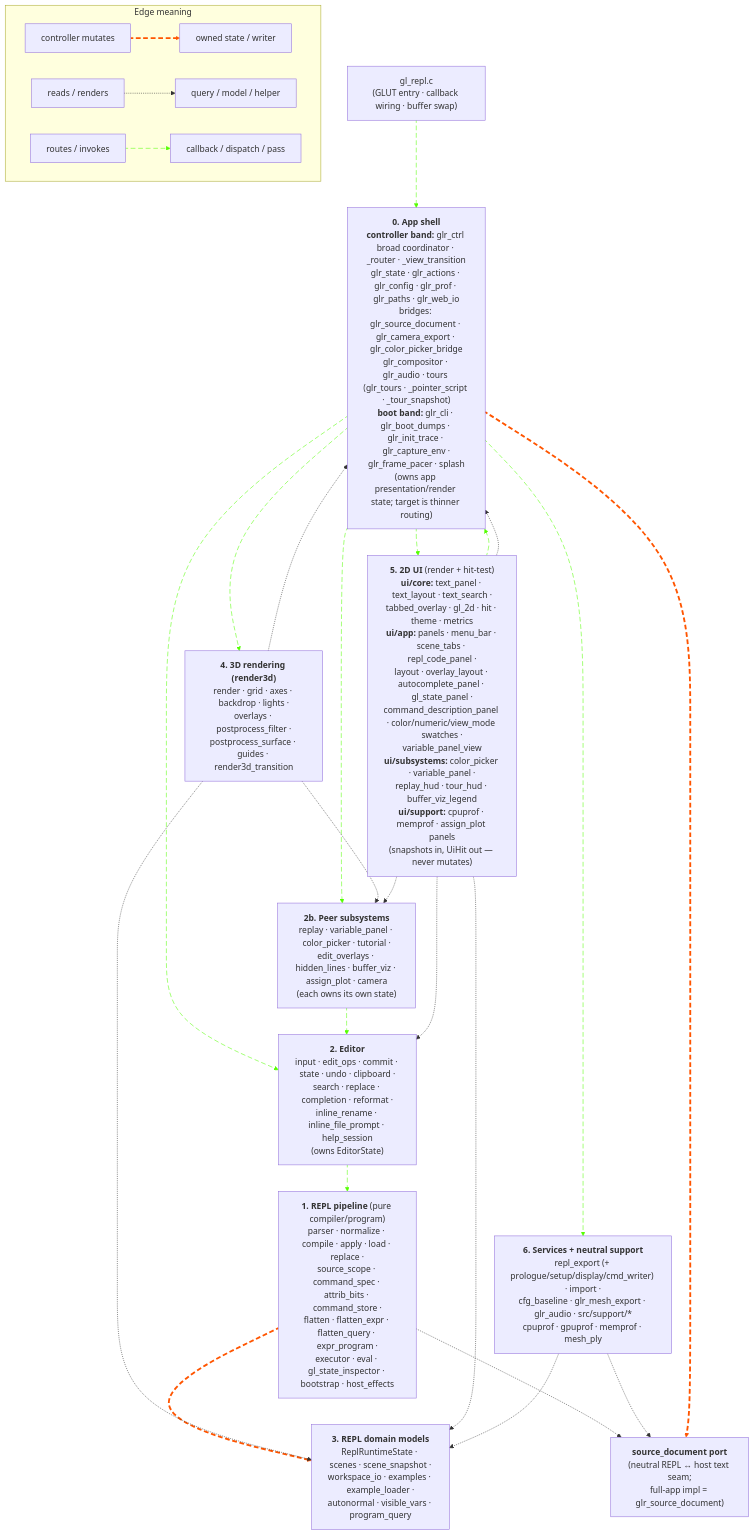
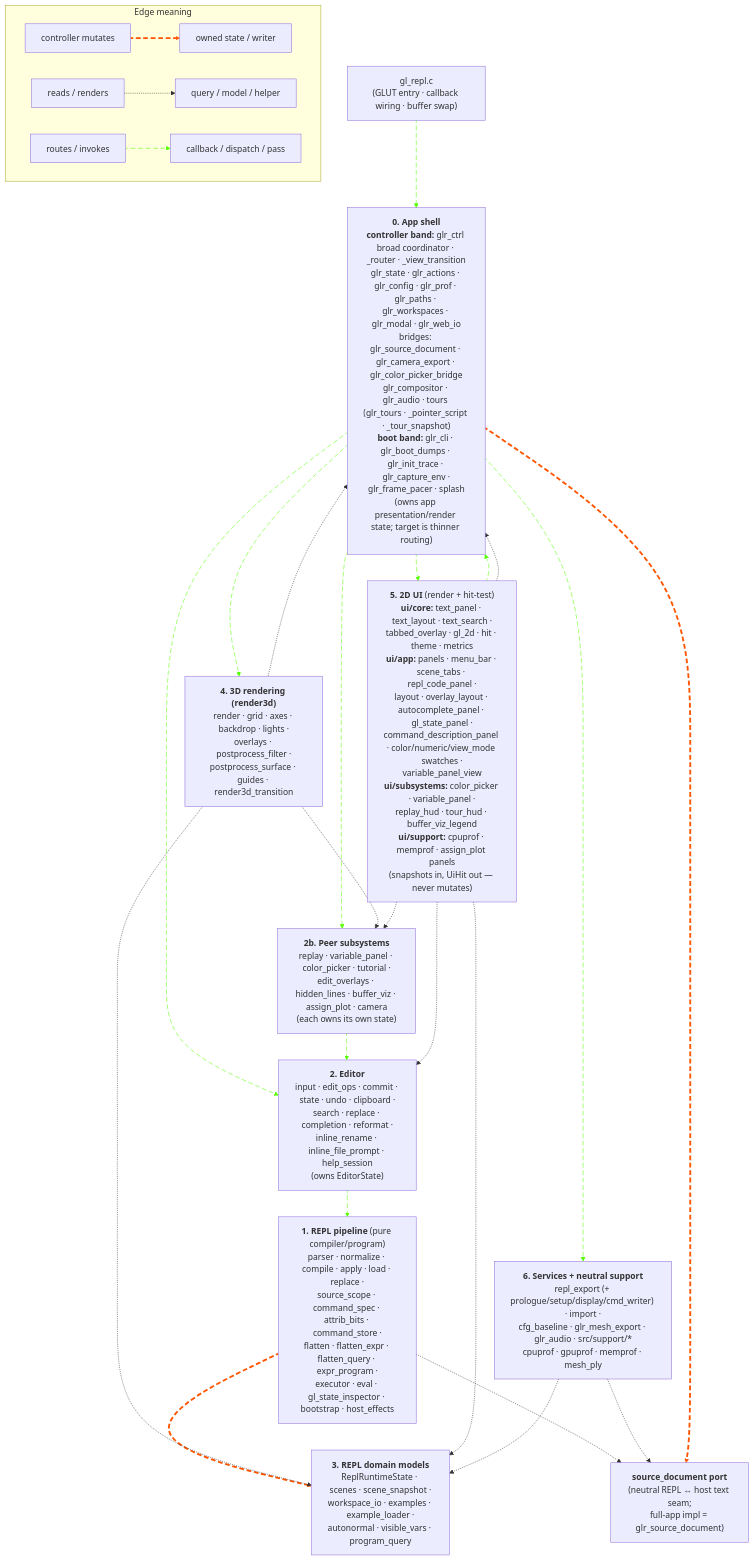
The first of 2 diagrams in docs/MODULES.md (drewwoods/gl-repl), drawn with Mermaid before and after one commit. The commit also changed other lines of this file and 37 other files, not shown here.

````diff
--- a/docs/MODULES.md
+++ b/docs/MODULES.md
@@ -729,79 +731,79 @@
 ```mermaid
 flowchart TB
     subgraph legend["Edge meaning"]
         lmut_a["controller mutates"] e1@==> lmut_b["owned state / writer"]
         lread_a["reads / renders"] -.-> lread_b["query / model / helper"]
         lflow_a["routes / invokes"] i1@--> lflow_b["callback / dispatch / pass"]
     end
 
     gl_repl["gl_repl.c<br/>(GLUT entry · callback wiring · buffer swap)"]
 
-    app["<b>0. App shell</b><br/><b>controller band:</b> glr_ctrl broad coordinator · _router · _view_transition<br/>glr_state · glr_actions · glr_config · glr_prof · glr_paths · glr_web_io<br/>bridges: glr_source_document · glr_camera_export · glr_color_picker_bridge<br/>glr_compositor · glr_audio · tours (glr_tours · _pointer_script · _tour_snapshot)<br/><b>boot band:</b> glr_cli · glr_boot_dumps · glr_init_trace · glr_capture_env ·<br/>glr_frame_pacer · splash<br/>(owns app presentation/render state; target is thinner routing)"]
+    app["<b>0. App shell</b><br/><b>controller band:</b> glr_ctrl broad coordinator · _router · _view_transition<br/>glr_state · glr_actions · glr_config · glr_prof · glr_paths · glr_workspaces · glr_modal · glr_web_io<br/>bridges: glr_source_document · glr_camera_export · glr_color_picker_bridge<br/>glr_compositor · glr_audio · tours (glr_tours · _pointer_script · _tour_snapshot)<br/><b>boot band:</b> glr_cli · glr_boot_dumps · glr_init_trace · glr_capture_env ·<br/>glr_frame_pacer · splash<br/>(owns app presentation/render state; target is thinner routing)"]
 
     editor["<b>2. Editor</b><br/>input · edit_ops · commit · state · undo · clipboard ·<br/>search · replace · completion · reformat ·<br/>inline_rename · inline_file_prompt · help_session<br/>(owns EditorState)"]
 
     peers["<b>2b. Peer subsystems</b><br/>replay · variable_panel · color_picker · tutorial ·<br/>edit_overlays · hidden_lines · buffer_viz · assign_plot · camera<br/>(each owns its own state)"]
 
     repl["<b>1. REPL pipeline</b> (pure compiler/program)<br/>parser · normalize · compile · apply · load · replace ·<br/>source_scope · command_spec · attrib_bits · command_store ·<br/>flatten · flatten_expr · flatten_query · expr_program ·<br/>executor · eval · gl_state_inspector · bootstrap · host_effects"]
 
     models["<b>3. REPL domain models</b><br/>ReplRuntimeState · scenes · scene_snapshot ·<br/>workspace_io · examples · example_loader ·<br/>autonormal · visible_vars · program_query"]
 
     srcdoc["<b>source_document port</b><br/>(neutral REPL ↔ host text seam;<br/>full-app impl = glr_source_document)"]
 
     ui["<b>5. 2D UI</b> (render + hit-test)<br/><b>ui/core:</b> text_panel · text_layout · text_search ·<br/>tabbed_overlay · gl_2d · hit · theme · metrics<br/><b>ui/app:</b> panels · menu_bar · scene_tabs · repl_code_panel ·<br/>layout · overlay_layout · autocomplete_panel · gl_state_panel ·<br/>command_description_panel · color/numeric/view_mode swatches ·<br/>variable_panel_view<br/><b>ui/subsystems:</b> color_picker · variable_panel ·<br/>replay_hud · tour_hud · buffer_viz_legend<br/><b>ui/support:</b> cpuprof · memprof · assign_plot panels<br/>(snapshots in, UiHit out — never mutates)"]
 
     render3d["<b>4. 3D rendering (render3d)</b><br/>render · grid · axes · backdrop · lights ·<br/>overlays · postprocess_filter ·<br/>postprocess_surface · guides · render3d_transition"]
 
     services["<b>6. Services + neutral support</b><br/>repl_export (+ prologue/setup/display/cmd_writer) · import ·<br/>cfg_baseline · glr_mesh_export · glr_audio · src/support/*<br/>cpuprof · gpuprof · memprof · mesh_ply"]
 
     %% Raw input flow: gl_repl.c hands GLUT events to the app shell. UI
     %% hit-tests are passive — they compute a UiHit and hand it back to
     %% the controller for dispatch.
     gl_repl i2@--> app
     ui i3@--> app
 
     %% App shell routes raw input to the owning subsystem, drives the
     %% frame, and calls UI/render3d/services.
     app i4@--> editor
     app i5@--> peers
     app i6@--> render3d
     app i7@--> ui
     app i8@--> services
 
     %% Editor commit is the only path crossing INTO the REPL pipeline.
     %% REPL apply / command_store mutates the program model.
     editor i9@--> repl
     repl e2@==> models
 
     %% Peers write back through the editor (color_picker rewrites a
     %% source line via editor_commit_apply_external_change; the
     %% variable_panel drag rewrites a numeric token the same way).
     peers i10@--> editor
 
     %% Source-document port: REPL pipeline reads/writes source text
     %% through the neutral port, and services read source through it
     %% too. The full-app adapter (app layer) delegates writes to the
     %% editor buffer — editor stays the single underlying writer.
     repl -.-> srcdoc
     services -.-> srcdoc
     app e3@==> srcdoc
 
     %% Render is read-only: render3d and UI consume snapshots of program /
     %% editor / peer / app state. They never mutate.
     render3d -.-> models
     render3d -.-> peers
     render3d -.-> app
     ui -.-> editor
     ui -.-> models
     ui -.-> peers
     ui -.-> app
 
     %% Services read program and editor state to persist/replay.
     services -.-> models
 
     classDef animateE stroke:#f50,stroke-dasharray: 9\,5,stroke-dashoffset: 900,animation: dash 90s linear infinite;
     classDef animateF stroke:#5f0,stroke-dasharray: 9\,5,stroke-dashoffset: 900,animation: dash 90s linear infinite;
 
     class e1,e2,e3 animateE
     class i1,i2,i3,i4,i5,i6,i7,i8,i9,i10 animateF
 ```
````
